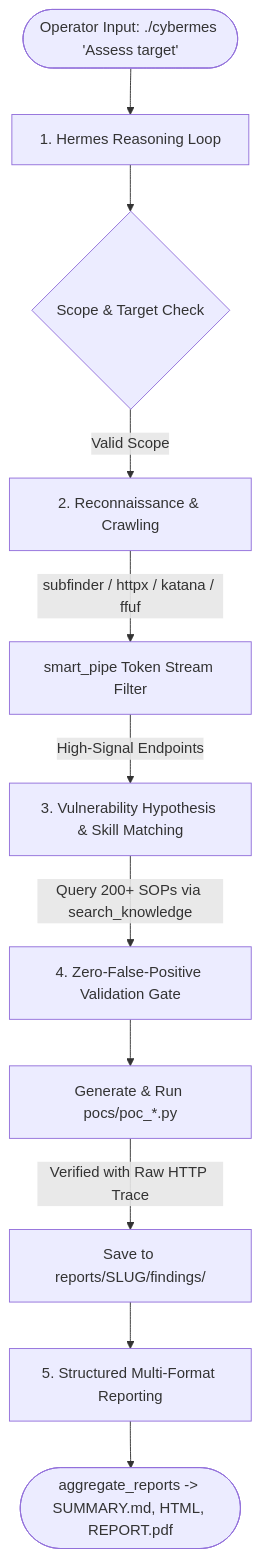
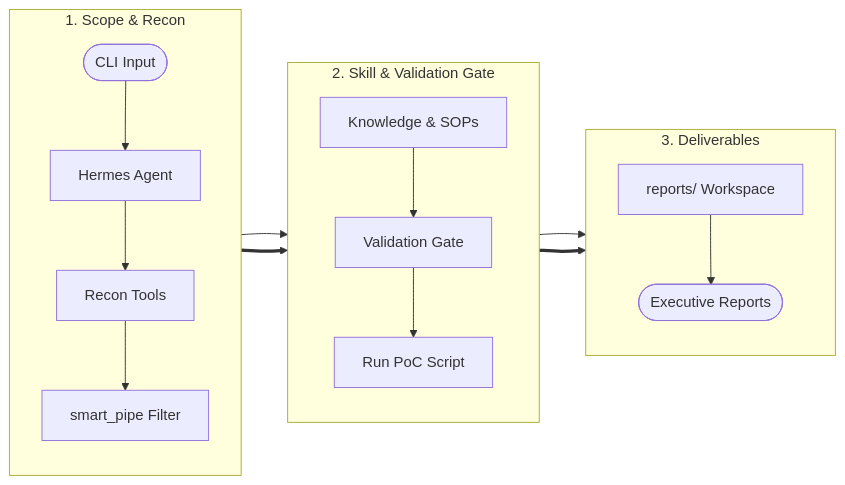
One commit to Zyrexnn/Cybermes changed the first of 2 diagrams in README.md. Above: the diagram before and after it, drawn with Mermaid. The commit also changed other lines of this file, not shown here.

Commit message:
docs: optimize workflow flowchart layout to compact horizontal view

````diff
--- a/README.md
+++ b/README.md
@@ -167,13 +165,24 @@
 ```mermaid
-flowchart TD
-    A([Operator Input: ./cybermes 'Assess target']) --> B[1. Hermes Reasoning Loop]
-    B --> C{Scope & Target Check}
-    C -->|Valid Scope| D[2. Reconnaissance & Crawling]
-    D -->|subfinder / httpx / katana / ffuf| E[smart_pipe Token Stream Filter]
-    E -->|High-Signal Endpoints| F[3. Vulnerability Hypothesis & Skill Matching]
-    F -->|Query 200+ SOPs via search_knowledge| G[4. Zero-False-Positive Validation Gate]
-    G --> H[Generate & Run pocs/poc_*.py]
-    H -->|Verified with Raw HTTP Trace| I[Save to reports/SLUG/findings/]
-    I --> J[5. Structured Multi-Format Reporting]
-    J --> K([aggregate_reports -> SUMMARY.md, HTML, REPORT.pdf])
+flowchart LR
+    subgraph P1["1. Scope & Recon"]
+        direction TB
+        A([CLI Input]) --> B[Hermes Agent]
+        B --> C[Recon Tools]
+        C --> D[smart_pipe Filter]
+    end
+
+    subgraph P2["2. Skill & Validation Gate"]
+        direction TB
+        D --> E[Knowledge & SOPs]
+        E --> F[Validation Gate]
+        F --> G[Run PoC Script]
+    end
+
+    subgraph P3["3. Deliverables"]
+        direction TB
+        G --> H[reports/ Workspace]
+        H --> I([Executive Reports])
+    end
+
+    P1 ==> P2 ==> P3
 ```
````
